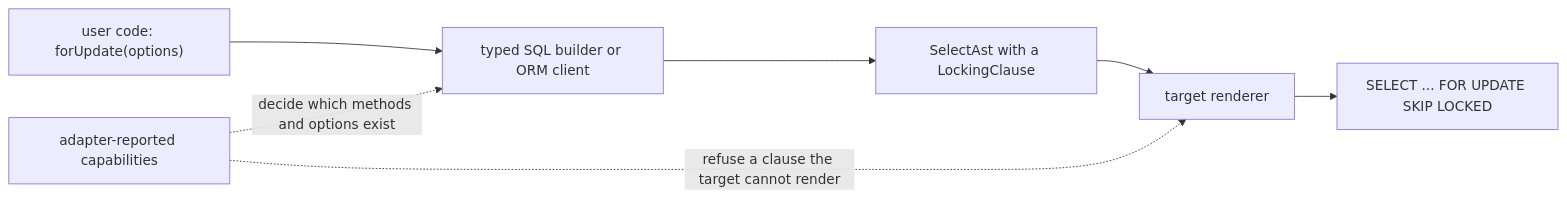
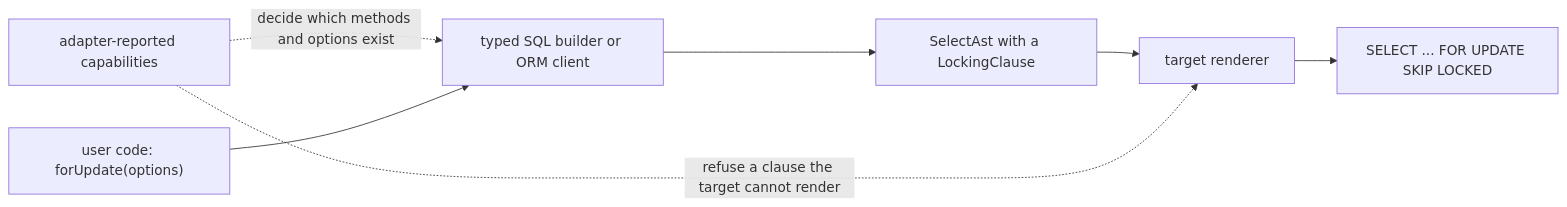
One commit to prisma/orm changed the diagram in docs/architecture docs/adrs/ADR 261 - Row locks are a select clause named after the SQL, with one capability per strength or option.md. Above: the diagram before and after it, drawn with Mermaid. The commit also changed other lines of this file, not shown here.

Commit message:
ADR 261 states which shapes are refused and where, that ORM locks need lockOf, and explains its terms for a reader new to the feature

````diff
--- a/docs/architecture docs/adrs/ADR 261 - Row locks are a select clause named after the SQL, with one capability per strength or option.md
+++ b/docs/architecture docs/adrs/ADR 261 - Row locks are a select clause named after the SQL, with one capability per strength or option.md
@@ -54,9 +88,9 @@
 ```mermaid
 flowchart LR
+  F["adapter-reported capabilities"] -.->|"decide which methods and options exist"| B
   A["user code: forUpdate(options)"] --> B["typed SQL builder or ORM client"]
   B --> C["SelectAst with a LockingClause"]
   C --> D["target renderer"]
   D --> E["SELECT ... FOR UPDATE SKIP LOCKED"]
-  F["adapter-reported capabilities"] -.->|"decide which methods and options exist"| B
   F -.->|"refuse a clause the target cannot render"| D
 ```
````
